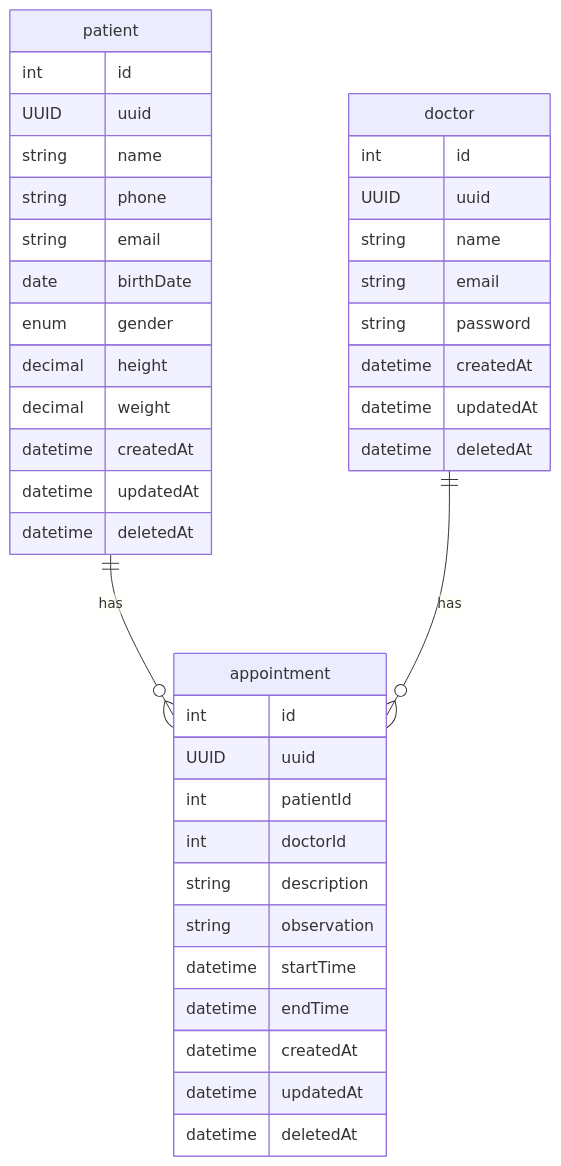
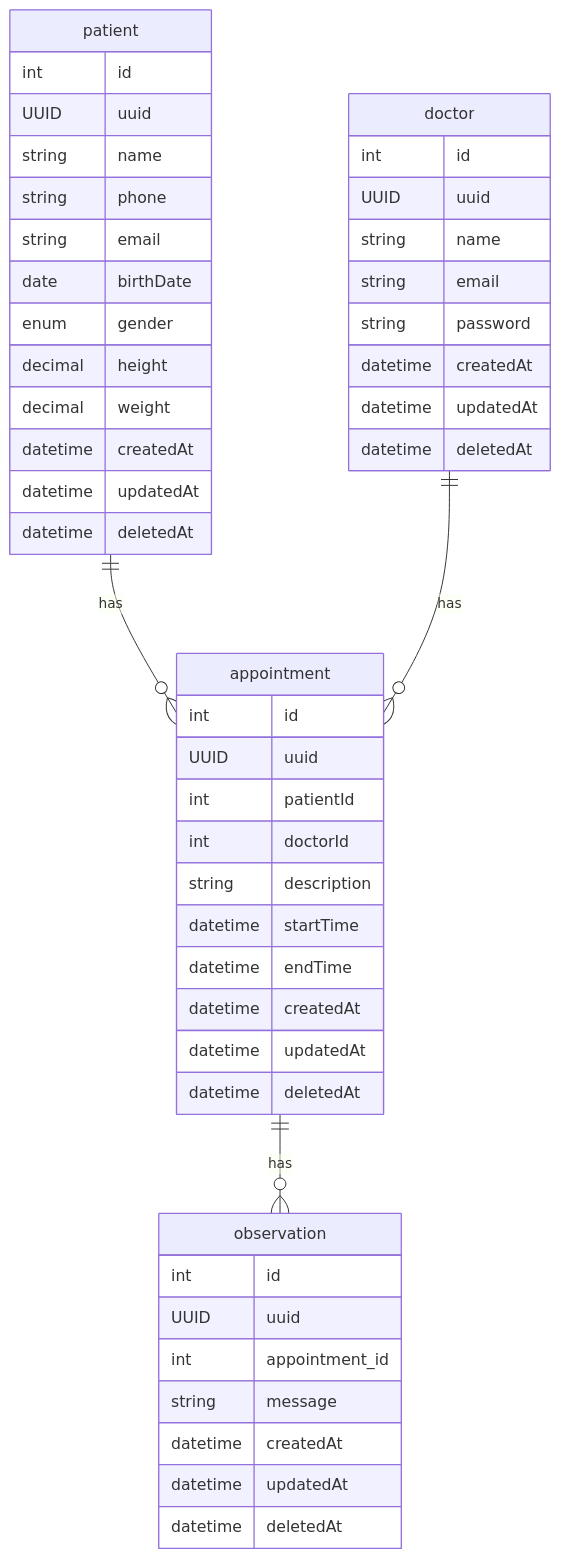
One commit to engproduct/nestjs-planner-api changed the third of 3 diagrams in docs/architecture.md. Above: the diagram before and after it, drawn with Mermaid. The commit also changed 1 other file, not shown here.

Commit message:
docs: adding observation domain

````diff
--- a/docs/architecture.md
+++ b/docs/architecture.md
@@ -103,43 +103,52 @@
 ```mermaid
 erDiagram
     patient {
         int id
         UUID uuid
         string name
         string phone
         string email
         date birthDate
         enum gender
         decimal height
         decimal weight
         datetime createdAt
         datetime updatedAt
         datetime deletedAt
     }
     appointment {
         int id
         UUID uuid
         int patientId
         int doctorId
         string description
-        string observation
         datetime startTime
         datetime endTime
         datetime createdAt
         datetime updatedAt
         datetime deletedAt
     }
     doctor {
         int id
         UUID uuid
         string name
         string email
         string password
         datetime createdAt
         datetime updatedAt
         datetime deletedAt
     }
+    observation {
+        int id
+        UUID uuid
+        int appointment_id
+        string message
+        datetime createdAt
+        datetime updatedAt
+        datetime deletedAt
+    }
 
     patient ||--o{ appointment : has
     doctor ||--o{ appointment : has
+    appointment ||--o{ observation : has
 ```
````
